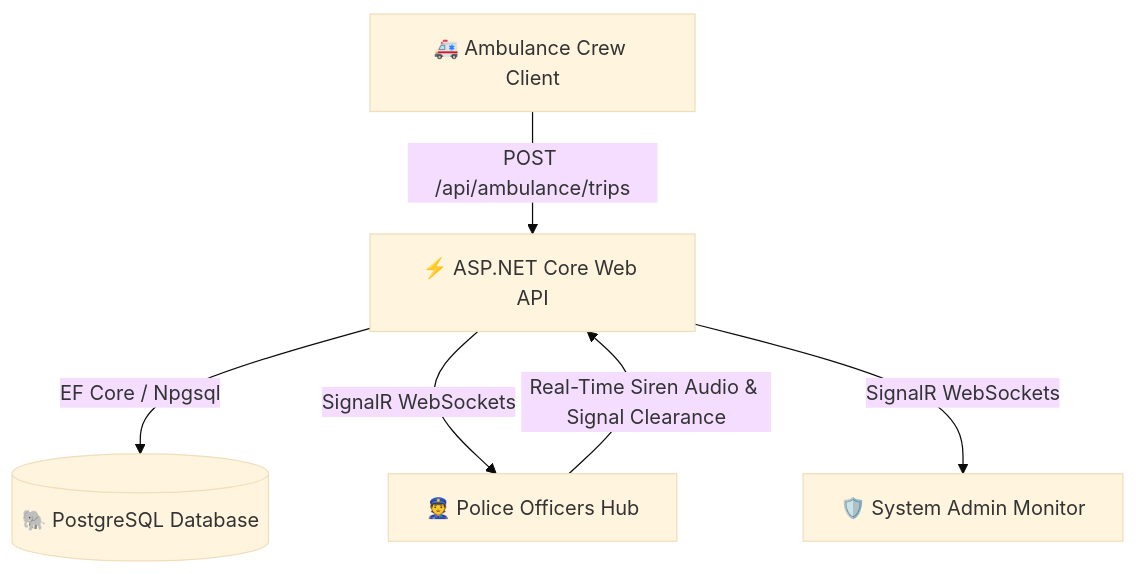
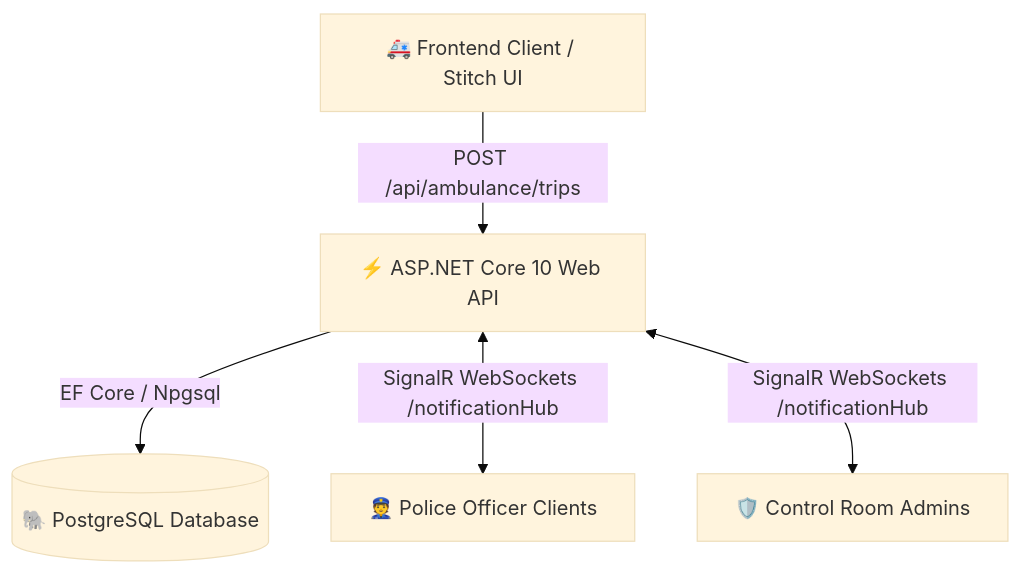
The diagram in README.md (maheshwaran6953/Ambulance-Traffic-Clearance-System), drawn with Mermaid (base theme) before and after one commit. The commit also changed other lines of this file and 37 other files, not shown here.

Commit message:
refactor: remove frontend code to focus exclusively on backend Web API

````diff
--- a/README.md
+++ b/README.md
@@ -24,8 +19,7 @@
 ```mermaid
 graph TD
-    A[🚑 Ambulance Crew Client] -->|POST /api/ambulance/trips| B[⚡ ASP.NET Core Web API]
+    A[🚑 Frontend Client / Stitch UI] -->|POST /api/ambulance/trips| B[⚡ ASP.NET Core 10 Web API]
     B -->|EF Core / Npgsql| C[(🐘 PostgreSQL Database)]
-    B -->|SignalR WebSockets| D[👮 Police Officers Hub]
-    B -->|SignalR WebSockets| E[🛡️ System Admin Monitor]
-    D -->|Real-Time Siren Audio & Signal Clearance| B
+    B <-->|SignalR WebSockets /notificationHub| D[👮 Police Officer Clients]
+    B <-->|SignalR WebSockets /notificationHub| E[🛡️ Control Room Admins]
 ```
````
